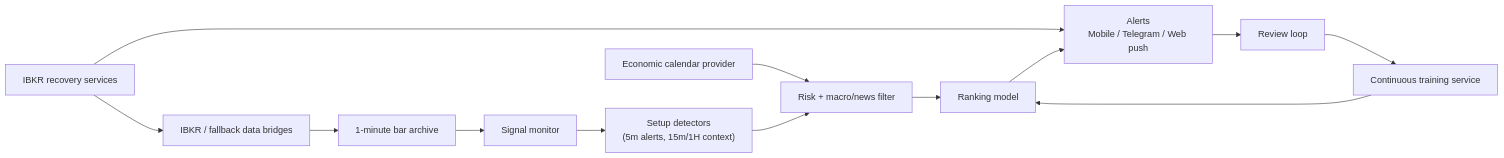
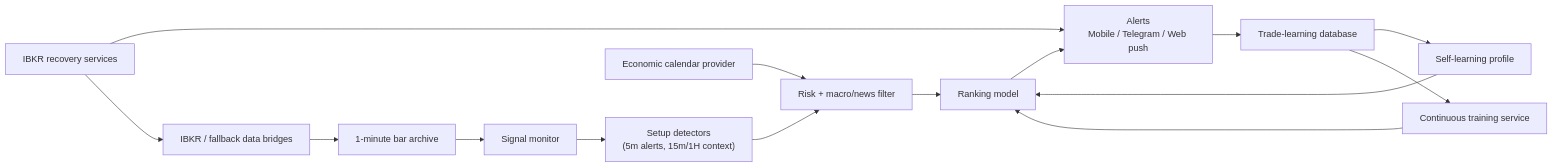
The diagram in README.md (east7203/Trading_Algorithm), drawn with Mermaid before and after one commit. The commit also changed other lines of this file and 10 other files, not shown here.

````diff
--- a/README.md
+++ b/README.md
@@ -33,15 +37,17 @@
 ```mermaid
 flowchart LR
   A["IBKR / fallback data bridges"] --> B["1-minute bar archive"]
   B --> C["Signal monitor"]
   C --> D["Setup detectors\n(5m alerts, 15m/1H context)"]
   D --> E["Risk + macro/news filter"]
   E --> F["Ranking model"]
   F --> G["Alerts\nMobile / Telegram / Web push"]
-  G --> H["Review loop"]
-  H --> I["Continuous training service"]
+  G --> H["Trade-learning database"]
+  H --> I["Self-learning profile"]
+  H --> J["Continuous training service"]
   I --> F
-  J["IBKR recovery services"] --> G
-  J --> A
-  K["Economic calendar provider"] --> E
+  J --> F
+  K["IBKR recovery services"] --> G
+  K --> A
+  L["Economic calendar provider"] --> E
 ```
````
